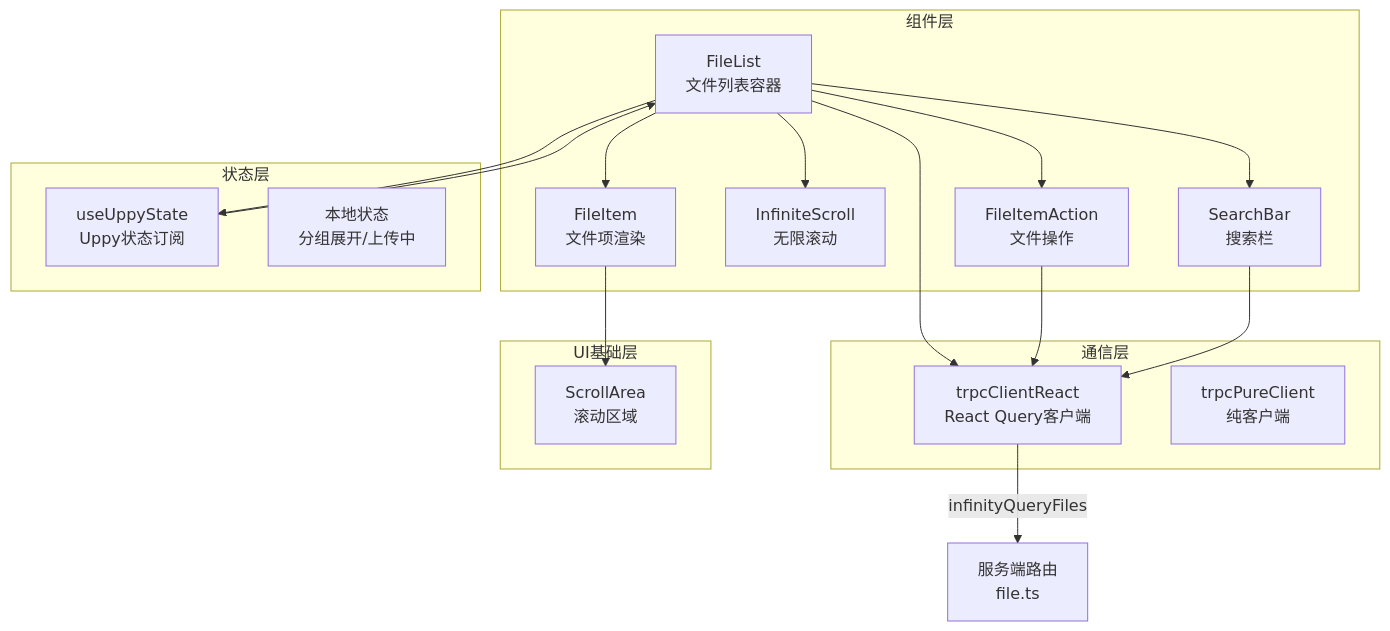
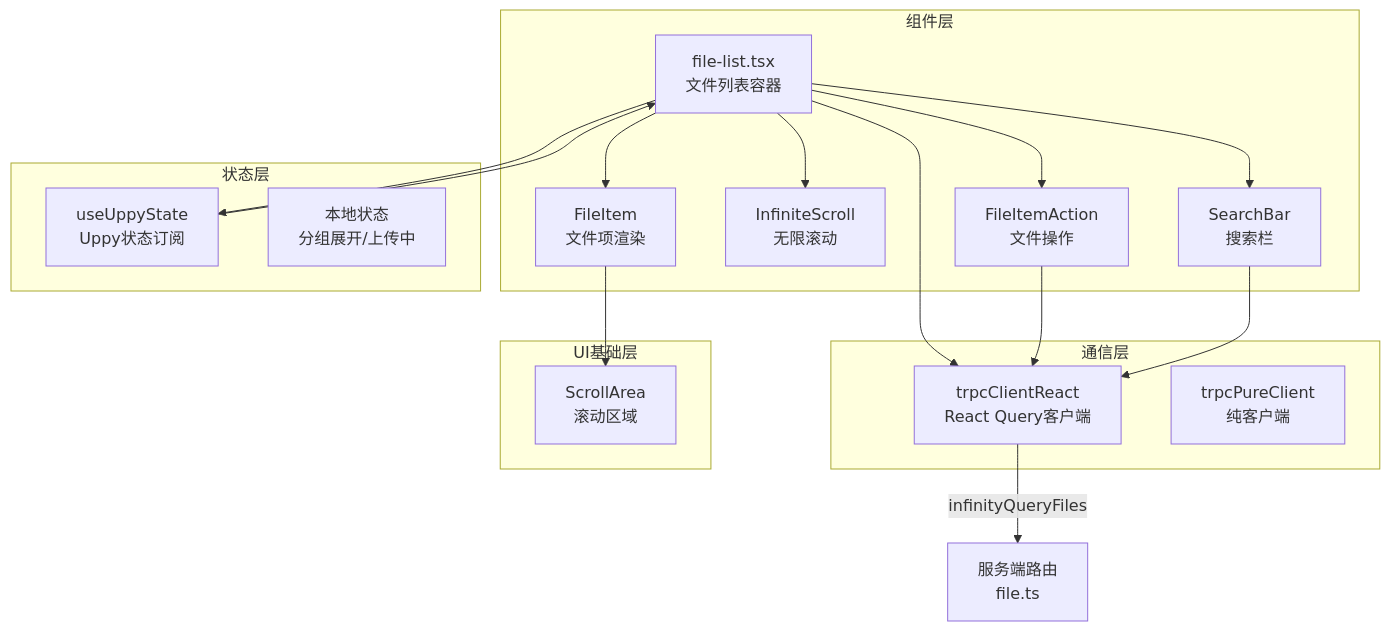
The first of 8 diagrams in .qoder/repowiki/zh/content/前端组件架构/功能组件/数据展示组件.md (RadiumAg/image-saas), drawn with Mermaid before and after one commit. The commit also changed other lines of this file and 60 other files, not shown here.

````diff
--- a/.qoder/repowiki/zh/content/前端组件架构/功能组件/数据展示组件.md
+++ b/.qoder/repowiki/zh/content/前端组件架构/功能组件/数据展示组件.md
@@ -52,32 +53,32 @@
 ```mermaid
 graph TB
 subgraph "组件层"
-FL["FileList<br/>文件列表容器"]
+FL["file-list.tsx<br/>文件列表容器"]
 FI["FileItem<br/>文件项渲染"]
 IS["InfiniteScroll<br/>无限滚动"]
 SB["SearchBar<br/>搜索栏"]
 FA["FileItemAction<br/>文件操作"]
 end
 subgraph "状态层"
 UU["useUppyState<br/>Uppy状态订阅"]
 ST["本地状态<br/>分组展开/上传中"]
 end
 subgraph "通信层"
 TR["trpcClientReact<br/>React Query客户端"]
 TP["trpcPureClient<br/>纯客户端"]
 end
 subgraph "UI基础层"
 SA["ScrollArea<br/>滚动区域"]
 end
 FL --> FI
 FL --> FA
 FL --> IS
 FL --> SB
 FL --> UU
 FL --> TR
 FI --> SA
 FA --> TR
 SB --> TR
 UU --> FL
 TR --> |"infinityQueryFiles"| SRV["服务端路由<br/>file.ts"]
 ```
````
